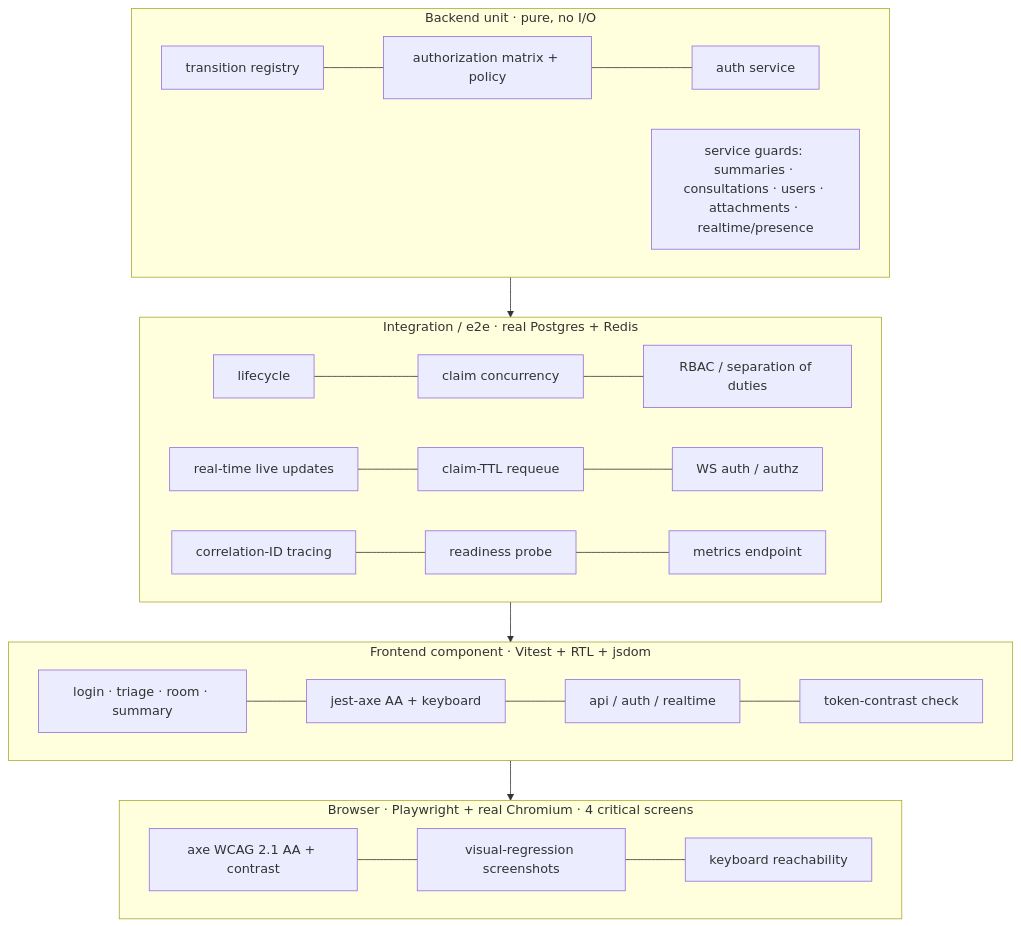
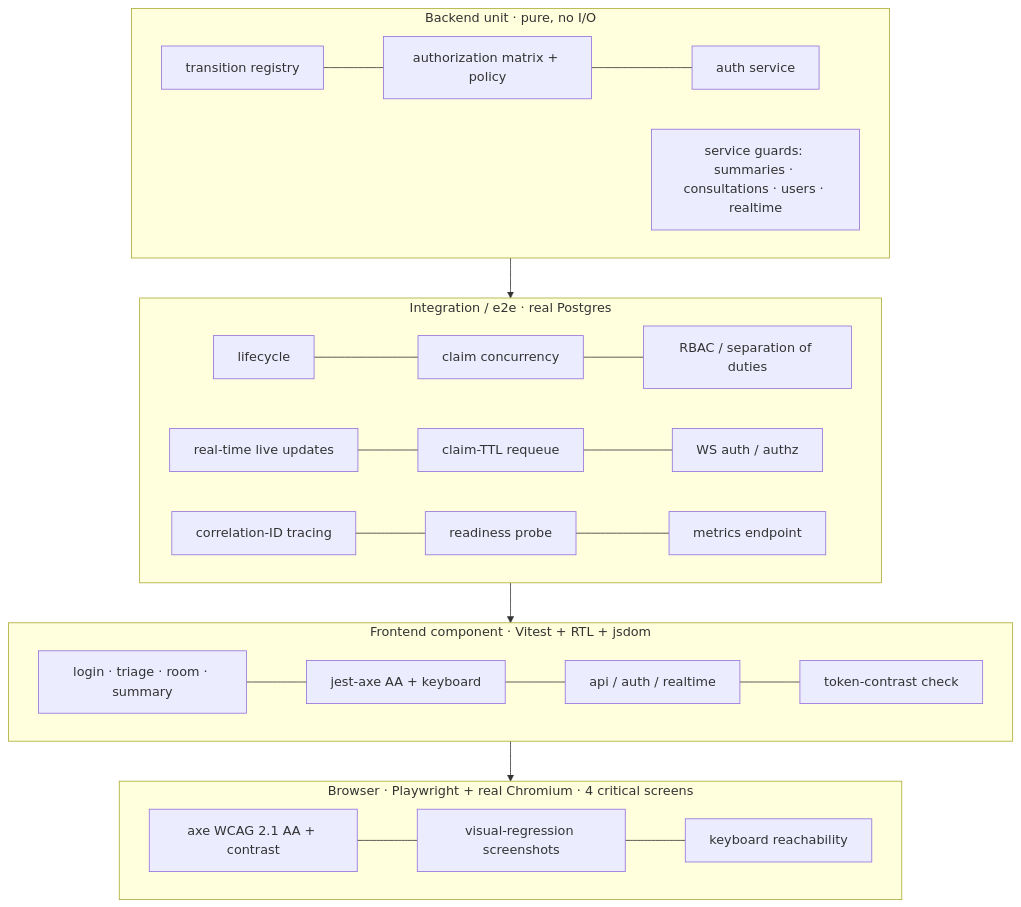
Before and after one commit to akritiupreti/virtual-consultation-platform: the first of 2 diagrams in docs/testing-strategy.md, drawn with Mermaid. The commit also changed other lines of this file and 193 other files, not shown here.

First line of the commit message:
refactor: simplify consultation workflow and fix data-model diagram

````diff
--- a/docs/testing-strategy.md
+++ b/docs/testing-strategy.md
@@ -14,23 +14,23 @@
 ```mermaid
 flowchart TB
     subgraph browser [Browser · Playwright + real Chromium · 4 critical screens]
         direction LR
         axe[axe WCAG 2.1 AA + contrast] --- vis[visual-regression screenshots] --- kbd[keyboard reachability]
     end
     subgraph fe [Frontend component · Vitest + RTL + jsdom]
         direction LR
         screens[login · triage · room · summary] --- jaxe[jest-axe AA + keyboard] --- libs[api / auth / realtime] --- contrast[token-contrast check]
     end
-    subgraph e2e [Integration / e2e · real Postgres + Redis]
+    subgraph e2e [Integration / e2e · real Postgres]
         direction LR
         life[lifecycle] --- claim[claim concurrency] --- rbac[RBAC / separation of duties]
         rt[real-time live updates] --- ttl[claim-TTL requeue] --- wsauth[WS auth / authz]
         obs[correlation-ID tracing] --- ready[readiness probe] --- metr[metrics endpoint]
     end
     subgraph unit [Backend unit · pure, no I/O]
         direction LR
         tr[transition registry] --- mx[authorization matrix + policy] --- au[auth service]
-        svc[service guards: summaries · consultations · users · attachments · realtime/presence]
+        svc[service guards: summaries · consultations · users · realtime]
     end
     unit --> e2e --> fe --> browser
 ```
````
